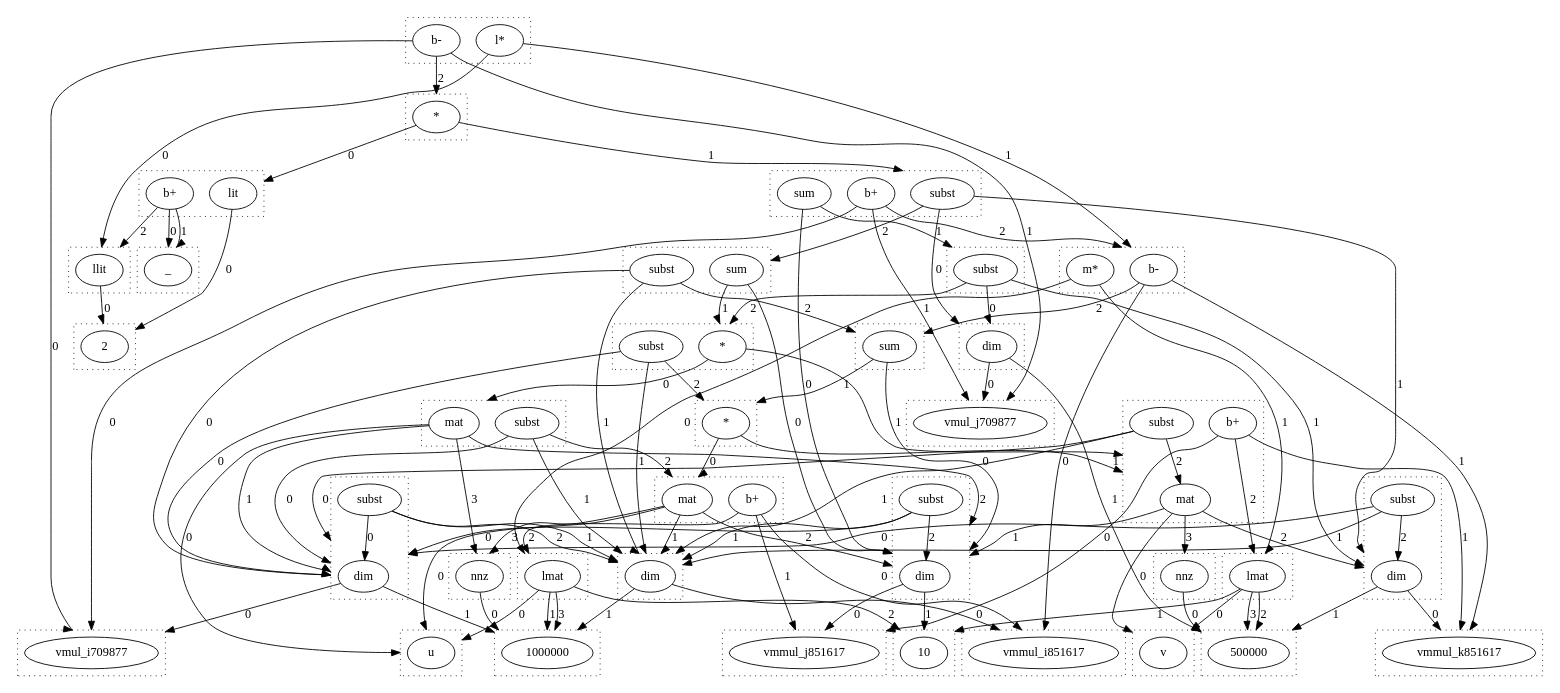
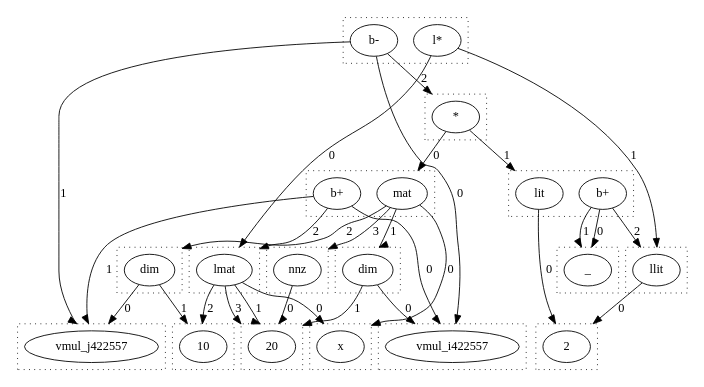
One commit to wormhole-optimization/warp changed the diagram in dots/lmul.dot. Above: the diagram before and after it, drawn with Graphviz. The commit also changed 5 other files, not shown here.

```diff
--- a/dots/lmul.dot
+++ b/dots/lmul.dot
@@ -2,251 +2,97 @@
   compound=true
   subgraph cluster_0 {
     style=dotted
-    0.0[label = "2"]
+    0.0[label = "x"]
   }
   subgraph cluster_1 {
     style=dotted
-    1.0[label = "llit"]
+    1.0[label = "20"]
   }
   subgraph cluster_2 {
     style=dotted
-    2.0[label = "u"]
+    2.0[label = "10"]
   }
   subgraph cluster_3 {
     style=dotted
-    3.0[label = "1000000"]
+    3.0[label = "lmat"]
   }
   subgraph cluster_4 {
     style=dotted
-    4.0[label = "10"]
+    4.0[label = "2"]
   }
   subgraph cluster_5 {
     style=dotted
-    5.0[label = "lmat"]
+    5.0[label = "llit"]
   }
   subgraph cluster_6 {
     style=dotted
-    6.0[label = "v"]
+    6.0[label = "b-"]
+    6.1[label = "l*"]
   }
   subgraph cluster_7 {
     style=dotted
-    7.0[label = "500000"]
+    7.0[label = "vmul_i422557"]
   }
   subgraph cluster_8 {
     style=dotted
-    8.0[label = "lmat"]
+    8.0[label = "vmul_j422557"]
   }
   subgraph cluster_9 {
     style=dotted
-    9.0[label = "b-"]
-    9.1[label = "m*"]
+    9.0[label = "mat"]
+    9.1[label = "b+"]
   }
   subgraph cluster_10 {
     style=dotted
-    10.0[label = "b-"]
-    10.1[label = "l*"]
+    10.0[label = "_"]
   }
   subgraph cluster_11 {
     style=dotted
-    11.0[label = "vmul_i709877"]
+    11.0[label = "lit"]
+    11.1[label = "b+"]
   }
   subgraph cluster_12 {
     style=dotted
-    12.0[label = "vmul_j709877"]
-  }
-  subgraph cluster_13 {
-    style=dotted
-    13.0[label = "_"]
+    12.0[label = "*"]
   }
   subgraph cluster_14 {
     style=dotted
-    14.0[label = "lit"]
-    14.1[label = "b+"]
+    14.0[label = "dim"]
   }
   subgraph cluster_15 {
     style=dotted
-    15.0[label = "subst"]
-    15.1[label = "b+"]
-    15.2[label = "sum"]
+    15.0[label = "dim"]
   }
   subgraph cluster_16 {
     style=dotted
-    16.0[label = "*"]
+    16.0[label = "nnz"]
   }
-  subgraph cluster_18 {
-    style=dotted
-    18.0[label = "vmmul_i851617"]
-  }
-  subgraph cluster_19 {
-    style=dotted
-    19.0[label = "vmmul_k851617"]
-  }
-  subgraph cluster_20 {
-    style=dotted
-    20.0[label = "vmmul_j851617"]
-  }
-  subgraph cluster_22 {
-    style=dotted
-    22.0[label = "mat"]
-    22.1[label = "b+"]
-  }
-  subgraph cluster_24 {
-    style=dotted
-    24.0[label = "*"]
-  }
-  subgraph cluster_25 {
-    style=dotted
-    25.0[label = "sum"]
-  }
-  subgraph cluster_27 {
-    style=dotted
-    27.0[label = "dim"]
-  }
-  subgraph cluster_30 {
-    style=dotted
-    30.0[label = "dim"]
-  }
-  subgraph cluster_31 {
-    style=dotted
-    31.0[label = "sum"]
-    31.1[label = "subst"]
-  }
-  subgraph cluster_33 {
-    style=dotted
-    33.0[label = "*"]
-    33.1[label = "subst"]
-  }
-  subgraph cluster_35 {
-    style=dotted
-    35.0[label = "nnz"]
-  }
-  subgraph cluster_37 {
-    style=dotted
-    37.0[label = "nnz"]
-  }
-  subgraph cluster_40 {
-    style=dotted
-    40.0[label = "mat"]
-    40.1[label = "subst"]
-  }
-  subgraph cluster_41 {
-    style=dotted
-    41.0[label = "mat"]
-    41.1[label = "b+"]
-    41.2[label = "subst"]
-  }
-  subgraph cluster_43 {
-    style=dotted
-    43.0[label = "dim"]
-    43.1[label = "subst"]
-  }
-  subgraph cluster_44 {
-    style=dotted
-    44.0[label = "dim"]
-    44.1[label = "subst"]
-  }
-  subgraph cluster_46 {
-    style=dotted
-    46.0[label = "dim"]
-    46.1[label = "subst"]
-  }
-  subgraph cluster_48 {
-    style=dotted
-    48.0[label = "subst"]
-  }
-  1.0 -> 0.0 [lhead = cluster_0, label = 0]
-  5.0 -> 2.0 [lhead = cluster_2, label = 0]
-  5.0 -> 3.0 [lhead = cluster_3, label = 1]
-  5.0 -> 4.0 [lhead = cluster_4, label = 2]
-  5.0 -> 3.0 [lhead = cluster_3, label = 3]
-  8.0 -> 6.0 [lhead = cluster_6, label = 0]
-  8.0 -> 4.0 [lhead = cluster_4, label = 1]
-  8.0 -> 7.0 [lhead = cluster_7, label = 2]
-  8.0 -> 7.0 [lhead = cluster_7, label = 3]
-  9.0 -> 18.0 [lhead = cluster_18, label = 0]
-  9.0 -> 19.0 [lhead = cluster_19, label = 1]
-  9.0 -> 25.0 [lhead = cluster_25, label = 2]
-  9.1 -> 5.0 [lhead = cluster_5, label = 0]
+  3.0 -> 0.0 [lhead = cluster_0, label = 0]
+  3.0 -> 1.0 [lhead = cluster_1, label = 1]
+  3.0 -> 2.0 [lhead = cluster_2, label = 2]
+  3.0 -> 1.0 [lhead = cluster_1, label = 3]
+  5.0 -> 4.0 [lhead = cluster_4, label = 0]
+  6.0 -> 7.0 [lhead = cluster_7, label = 0]
+  6.0 -> 8.0 [lhead = cluster_8, label = 1]
+  6.0 -> 12.0 [lhead = cluster_12, label = 2]
+  6.1 -> 3.0 [lhead = cluster_3, label = 0]
+  6.1 -> 5.0 [lhead = cluster_5, label = 1]
+  9.0 -> 0.0 [lhead = cluster_0, label = 0]
+  9.0 -> 14.0 [lhead = cluster_14, label = 1]
+  9.0 -> 15.0 [lhead = cluster_15, label = 2]
+  9.0 -> 16.0 [lhead = cluster_16, label = 3]
+  9.1 -> 7.0 [lhead = cluster_7, label = 0]
   9.1 -> 8.0 [lhead = cluster_8, label = 1]
-  10.0 -> 11.0 [lhead = cluster_11, label = 0]
-  10.0 -> 12.0 [lhead = cluster_12, label = 1]
-  10.0 -> 16.0 [lhead = cluster_16, label = 2]
-  10.1 -> 1.0 [lhead = cluster_1, label = 0]
-  10.1 -> 9.0 [lhead = cluster_9, label = 1]
-  14.0 -> 0.0 [lhead = cluster_0, label = 0]
-  14.1 -> 13.0 [lhead = cluster_13, label = 0]
-  14.1 -> 13.0 [lhead = cluster_13, label = 1]
-  14.1 -> 1.0 [lhead = cluster_1, label = 2]
-  15.0 -> 27.0 [lhead = cluster_27, label = 0]
-  15.0 -> 46.0 [lhead = cluster_46, label = 1]
-  15.0 -> 31.0 [lhead = cluster_31, label = 2]
-  15.1 -> 11.0 [lhead = cluster_11, label = 0]
-  15.1 -> 12.0 [lhead = cluster_12, label = 1]
-  15.1 -> 9.0 [lhead = cluster_9, label = 2]
-  15.2 -> 44.0 [lhead = cluster_44, label = 0]
-  15.2 -> 48.0 [lhead = cluster_48, label = 1]
-  16.0 -> 14.0 [lhead = cluster_14, label = 0]
-  16.0 -> 15.0 [lhead = cluster_15, label = 1]
-  22.0 -> 2.0 [lhead = cluster_2, label = 0]
-  22.0 -> 30.0 [lhead = cluster_30, label = 1]
-  22.0 -> 44.0 [lhead = cluster_44, label = 2]
-  22.0 -> 35.0 [lhead = cluster_35, label = 3]
-  22.1 -> 18.0 [lhead = cluster_18, label = 0]
-  22.1 -> 20.0 [lhead = cluster_20, label = 1]
-  22.1 -> 5.0 [lhead = cluster_5, label = 2]
-  24.0 -> 22.0 [lhead = cluster_22, label = 0]
-  24.0 -> 41.0 [lhead = cluster_41, label = 1]
-  25.0 -> 44.0 [lhead = cluster_44, label = 0]
-  25.0 -> 24.0 [lhead = cluster_24, label = 1]
-  27.0 -> 12.0 [lhead = cluster_12, label = 0]
-  27.0 -> 7.0 [lhead = cluster_7, label = 1]
-  30.0 -> 18.0 [lhead = cluster_18, label = 0]
-  30.0 -> 3.0 [lhead = cluster_3, label = 1]
-  31.0 -> 44.0 [lhead = cluster_44, label = 0]
-  31.0 -> 33.0 [lhead = cluster_33, label = 1]
-  31.1 -> 43.0 [lhead = cluster_43, label = 0]
-  31.1 -> 30.0 [lhead = cluster_30, label = 1]
-  31.1 -> 25.0 [lhead = cluster_25, label = 2]
-  33.0 -> 40.0 [lhead = cluster_40, label = 0]
-  33.0 -> 41.0 [lhead = cluster_41, label = 1]
-  33.1 -> 43.0 [lhead = cluster_43, label = 0]
-  33.1 -> 30.0 [lhead = cluster_30, label = 1]
-  33.1 -> 24.0 [lhead = cluster_24, label = 2]
-  35.0 -> 3.0 [lhead = cluster_3, label = 0]
-  37.0 -> 7.0 [lhead = cluster_7, label = 0]
-  40.0 -> 2.0 [lhead = cluster_2, label = 0]
-  40.0 -> 43.0 [lhead = cluster_43, label = 1]
-  40.0 -> 44.0 [lhead = cluster_44, label = 2]
-  40.0 -> 35.0 [lhead = cluster_35, label = 3]
-  40.1 -> 43.0 [lhead = cluster_43, label = 0]
-  40.1 -> 30.0 [lhead = cluster_30, label = 1]
-  40.1 -> 22.0 [lhead = cluster_22, label = 2]
-  41.0 -> 6.0 [lhead = cluster_6, label = 0]
-  41.0 -> 44.0 [lhead = cluster_44, label = 1]
-  41.0 -> 46.0 [lhead = cluster_46, label = 2]
-  41.0 -> 37.0 [lhead = cluster_37, label = 3]
-  41.1 -> 20.0 [lhead = cluster_20, label = 0]
-  41.1 -> 19.0 [lhead = cluster_19, label = 1]
-  41.1 -> 8.0 [lhead = cluster_8, label = 2]
-  41.2 -> 43.0 [lhead = cluster_43, label = 0]
-  41.2 -> 30.0 [lhead = cluster_30, label = 1]
-  41.2 -> 41.0 [lhead = cluster_41, label = 2]
-  43.0 -> 11.0 [lhead = cluster_11, label = 0]
-  43.0 -> 3.0 [lhead = cluster_3, label = 1]
-  43.1 -> 43.0 [lhead = cluster_43, label = 0]
-  43.1 -> 30.0 [lhead = cluster_30, label = 1]
-  43.1 -> 30.0 [lhead = cluster_30, label = 2]
-  44.0 -> 20.0 [lhead = cluster_20, label = 0]
-  44.0 -> 4.0 [lhead = cluster_4, label = 1]
-  44.1 -> 43.0 [lhead = cluster_43, label = 0]
-  44.1 -> 30.0 [lhead = cluster_30, label = 1]
-  44.1 -> 44.0 [lhead = cluster_44, label = 2]
-  46.0 -> 19.0 [lhead = cluster_19, label = 0]
-  46.0 -> 7.0 [lhead = cluster_7, label = 1]
-  46.1 -> 43.0 [lhead = cluster_43, label = 0]
-  46.1 -> 30.0 [lhead = cluster_30, label = 1]
-  46.1 -> 46.0 [lhead = cluster_46, label = 2]
-  48.0 -> 27.0 [lhead = cluster_27, label = 0]
-  48.0 -> 46.0 [lhead = cluster_46, label = 1]
-  48.0 -> 33.0 [lhead = cluster_33, label = 2]
+  9.1 -> 3.0 [lhead = cluster_3, label = 2]
+  11.0 -> 4.0 [lhead = cluster_4, label = 0]
+  11.1 -> 10.0 [lhead = cluster_10, label = 0]
+  11.1 -> 10.0 [lhead = cluster_10, label = 1]
+  11.1 -> 5.0 [lhead = cluster_5, label = 2]
+  12.0 -> 9.0 [lhead = cluster_9, label = 0]
+  12.0 -> 11.0 [lhead = cluster_11, label = 1]
+  14.0 -> 7.0 [lhead = cluster_7, label = 0]
+  14.0 -> 1.0 [lhead = cluster_1, label = 1]
+  15.0 -> 8.0 [lhead = cluster_8, label = 0]
+  15.0 -> 2.0 [lhead = cluster_2, label = 1]
+  16.0 -> 1.0 [lhead = cluster_1, label = 0]
 }
```
